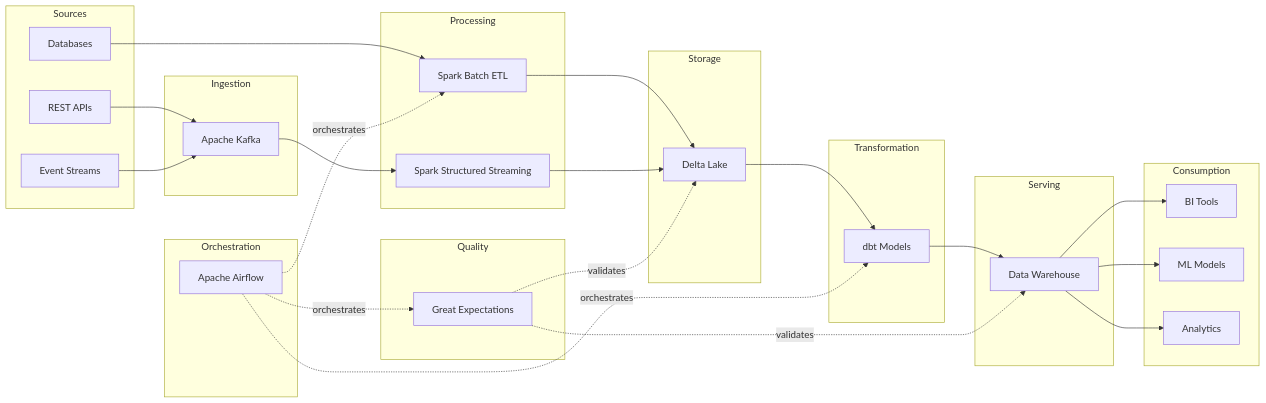
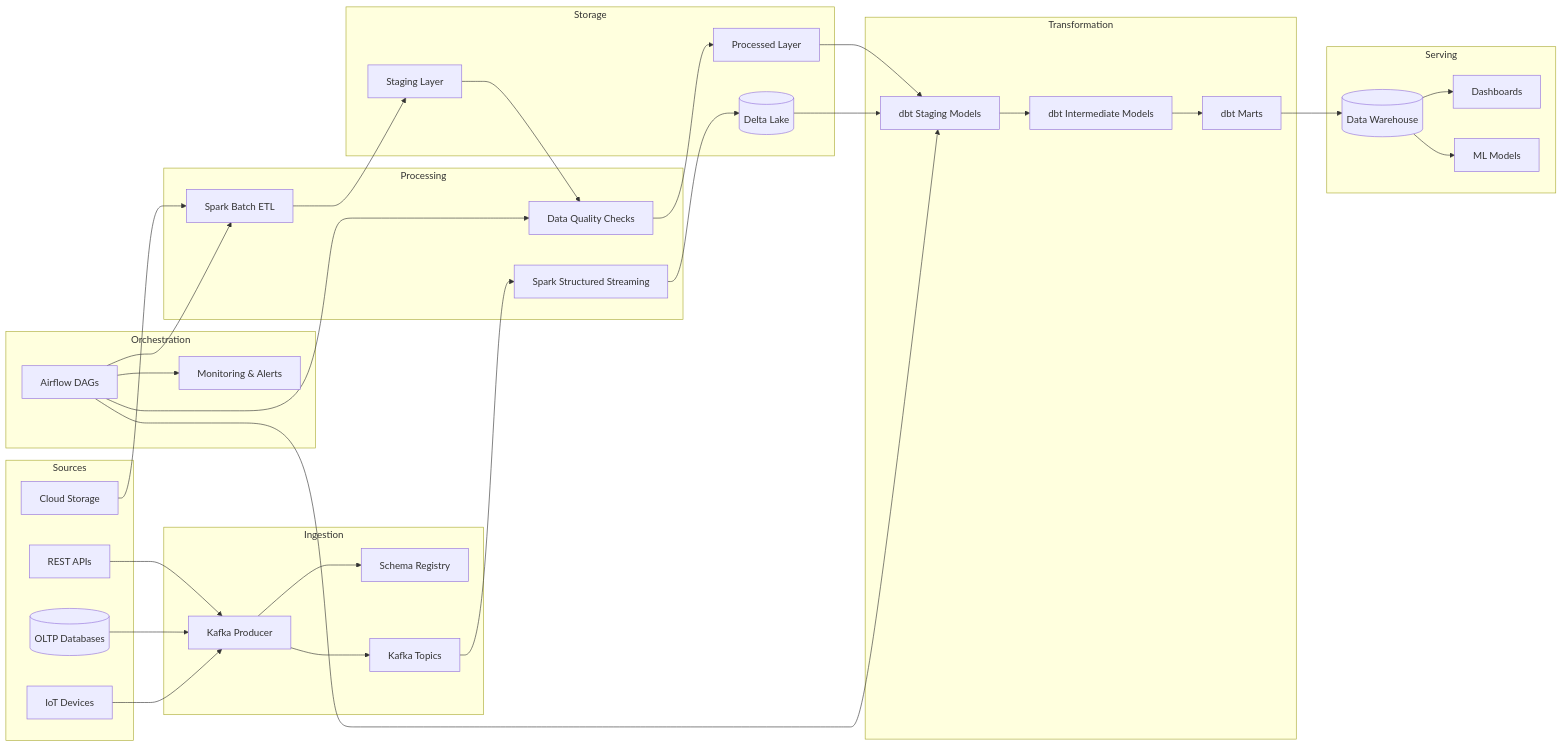
One commit to srallabandi-cmd/data-engineering-pipelines changed the diagram in README.md. Above: the diagram before and after it, drawn with Mermaid. The commit also changed other lines of this file and 31 other files, not shown here.

````diff
--- a/README.md
+++ b/README.md
@@ -9,60 +14,67 @@
 ```mermaid
-graph LR
+flowchart LR
     subgraph Sources
-        A1[REST APIs]
-        A2[Databases]
-        A3[Event Streams]
+        API[REST APIs]
+        DB[(OLTP Databases)]
+        S3[Cloud Storage]
+        IOT[IoT Devices]
     end
 
     subgraph Ingestion
-        B[Apache Kafka]
+        KP[Kafka Producer]
+        SR[Schema Registry]
+        KT[Kafka Topics]
     end
 
     subgraph Processing
-        C1[Spark Batch ETL]
-        C2[Spark Structured Streaming]
+        SSC[Spark Structured Streaming]
+        SE[Spark Batch ETL]
+        DQ[Data Quality Checks]
     end
 
     subgraph Storage
-        D[Delta Lake]
+        DL[(Delta Lake)]
+        STG[Staging Layer]
+        PROC[Processed Layer]
     end
 
     subgraph Transformation
-        E[dbt Models]
+        DBT_STG[dbt Staging Models]
+        DBT_INT[dbt Intermediate Models]
+        DBT_MART[dbt Marts]
     end
 
     subgraph Serving
-        F[Data Warehouse]
-    end
-
-    subgraph Consumption
-        G1[BI Tools]
-        G2[ML Models]
-        G3[Analytics]
+        DW[(Data Warehouse)]
+        DASH[Dashboards]
+        ML[ML Models]
     end
 
     subgraph Orchestration
-        H[Apache Airflow]
+        AF[Airflow DAGs]
+        MON[Monitoring & Alerts]
     end
 
-    subgraph Quality
-        I[Great Expectations]
-    end
-
-    A1 --> B
-    A2 --> C1
-    A3 --> B
-    B --> C2
-    C1 --> D
-    C2 --> D
-    D --> E
-    E --> F
-    F --> G1
-    F --> G2
-    F --> G3
-    H -.->|orchestrates| C1
-    H -.->|orchestrates| E
-    H -.->|orchestrates| I
-    I -.->|validates| D
-    I -.->|validates| F
+    API --> KP
+    DB --> KP
+    S3 --> SE
+    IOT --> KP
+    KP --> SR
+    KP --> KT
+    KT --> SSC
+    SSC --> DL
+    SE --> STG
+    STG --> DQ
+    DQ --> PROC
+    PROC --> DBT_STG
+    DL --> DBT_STG
+    DBT_STG --> DBT_INT
+    DBT_INT --> DBT_MART
+    DBT_MART --> DW
+    DW --> DASH
+    DW --> ML
+    AF --> SE
+    AF --> DQ
+    AF --> DBT_STG
+    AF --> MON
 ```
````
